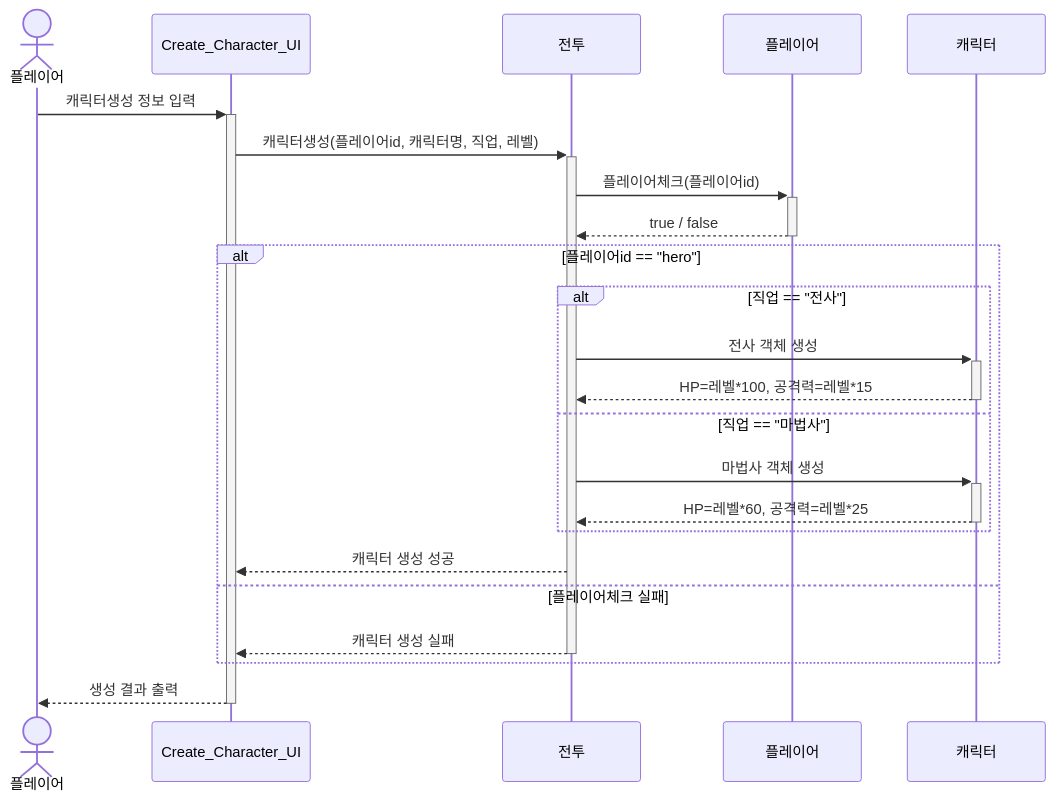
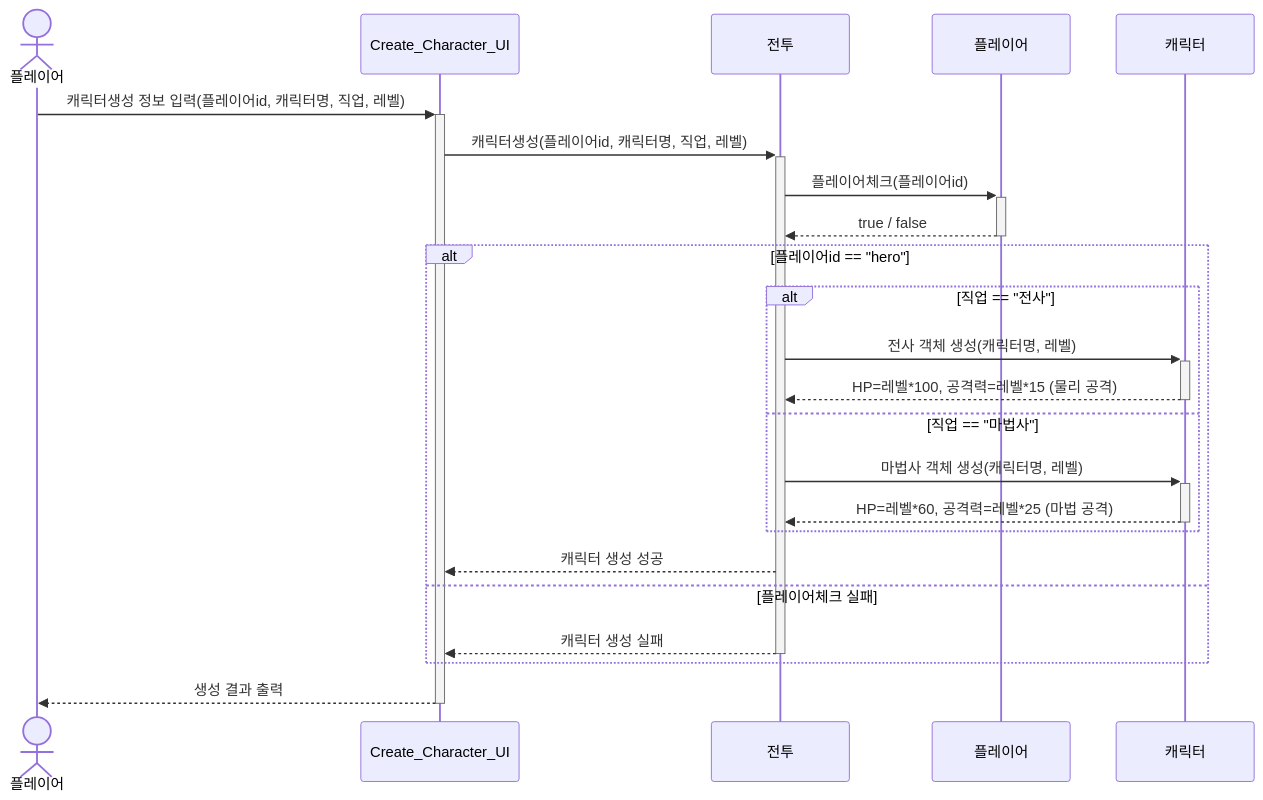
Before and after one commit to Sewqp/Dnf_game_Team6: the diagram in 생성순차도.md, drawn with Mermaid. The commit also changed 2 other files, not shown here.

Commit message:
공격 및 세부 로직 수정

````diff
--- a/생성순차도.md
+++ b/생성순차도.md
@@ -3,30 +3,30 @@
 ```mermaid
 sequenceDiagram
     actor 플레이어
     participant Create_Character_UI
     participant 전투
     participant 플레이어객체 as 플레이어
     participant 캐릭터
 
-    플레이어 ->>+ Create_Character_UI: 캐릭터생성 정보 입력
+    플레이어 ->>+ Create_Character_UI: 캐릭터생성 정보 입력(플레이어id, 캐릭터명, 직업, 레벨)
     Create_Character_UI ->>+ 전투: 캐릭터생성(플레이어id, 캐릭터명, 직업, 레벨)
 
     전투 ->>+ 플레이어객체: 플레이어체크(플레이어id)
     플레이어객체 -->>- 전투: true / false
 
     alt 플레이어id == "hero"
         alt 직업 == "전사"
-            전투 ->>+ 캐릭터: 전사 객체 생성
-            캐릭터 -->>- 전투: HP=레벨*100, 공격력=레벨*15
+            전투 ->>+ 캐릭터: 전사 객체 생성(캐릭터명, 레벨)
+            캐릭터 -->>- 전투: HP=레벨*100, 공격력=레벨*15 (물리 공격)
         else 직업 == "마법사"
-            전투 ->>+ 캐릭터: 마법사 객체 생성
-            캐릭터 -->>- 전투: HP=레벨*60, 공격력=레벨*25
+            전투 ->>+ 캐릭터: 마법사 객체 생성(캐릭터명, 레벨)
+            캐릭터 -->>- 전투: HP=레벨*60, 공격력=레벨*25 (마법 공격)
         end
 
         전투 -->> Create_Character_UI: 캐릭터 생성 성공
     else 플레이어체크 실패
         전투 -->>- Create_Character_UI: 캐릭터 생성 실패
     end
 
     Create_Character_UI -->>- 플레이어: 생성 결과 출력
 ```
````
